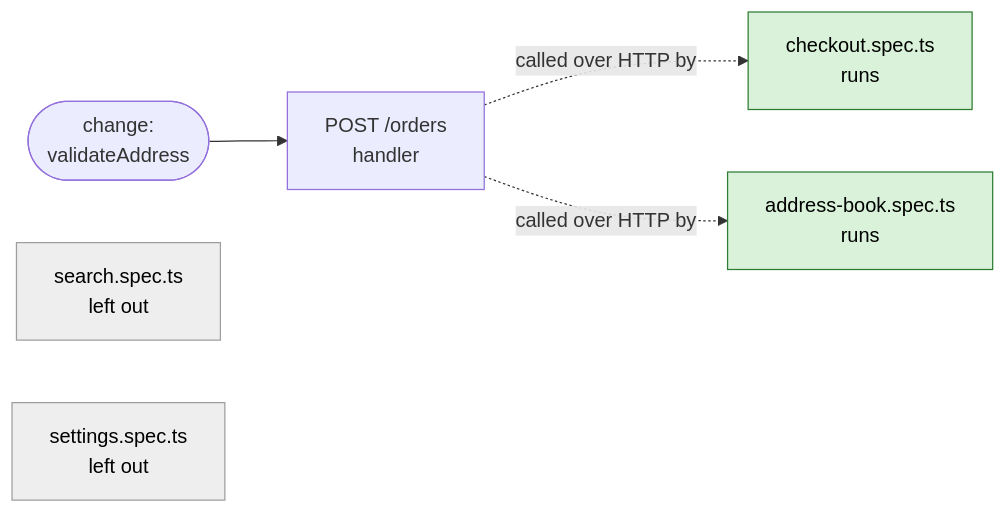
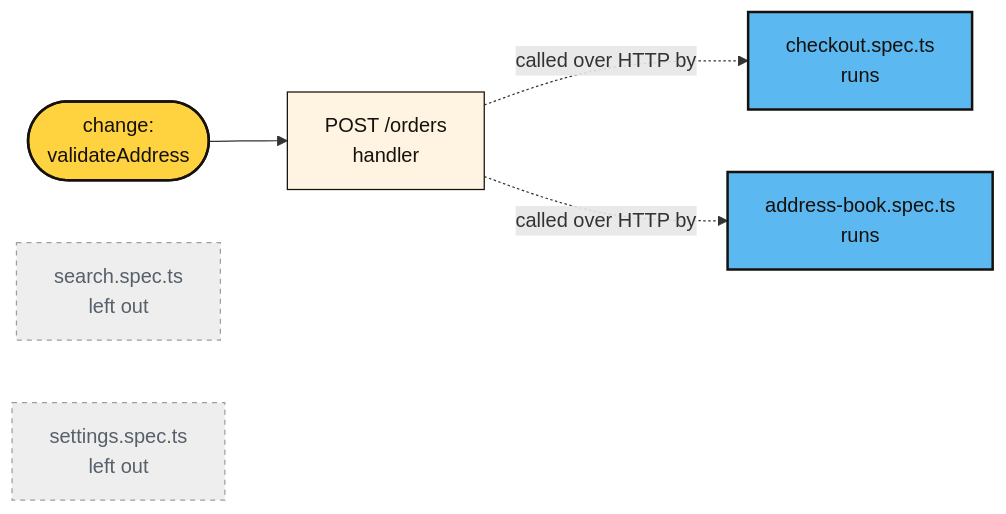
One commit to sideways-works/pipelinegen changed the diagram in docs/introduction/what-it-is.md. Above: the diagram before and after it, drawn with Mermaid. The commit also changed 3 other files, not shown here.

Commit message:
docs: the book's diagrams in the brand colours

````diff
--- a/docs/introduction/what-it-is.md
+++ b/docs/introduction/what-it-is.md
@@ -30,12 +30,15 @@
 ```mermaid
 flowchart LR
   change(["change:<br/>validateAddress"]) --> handler["POST /orders<br/>handler"]
   handler -. "called over HTTP by" .-> s1["checkout.spec.ts<br/>runs"]
   handler -. "called over HTTP by" .-> s2["address-book.spec.ts<br/>runs"]
   s3["search.spec.ts<br/>left out"]
   s4["settings.spec.ts<br/>left out"]
-  classDef runs fill:#d9f2d9,stroke:#2e7d32,color:#000
-  classDef out fill:#eeeeee,stroke:#9e9e9e,color:#000
+  classDef default fill:#FFF4E2,stroke:#15110D,color:#15110D
+  classDef key fill:#FFD23F,stroke:#15110D,color:#15110D,stroke-width:2px
+  classDef runs fill:#5BB8F0,stroke:#15110D,color:#15110D,stroke-width:2px
+  classDef out fill:#EEEEEE,stroke:#9E9E9E,color:#57606A,stroke-dasharray:4 4
+  class change key
   class s1,s2 runs
   class s3,s4 out
 ```
````
